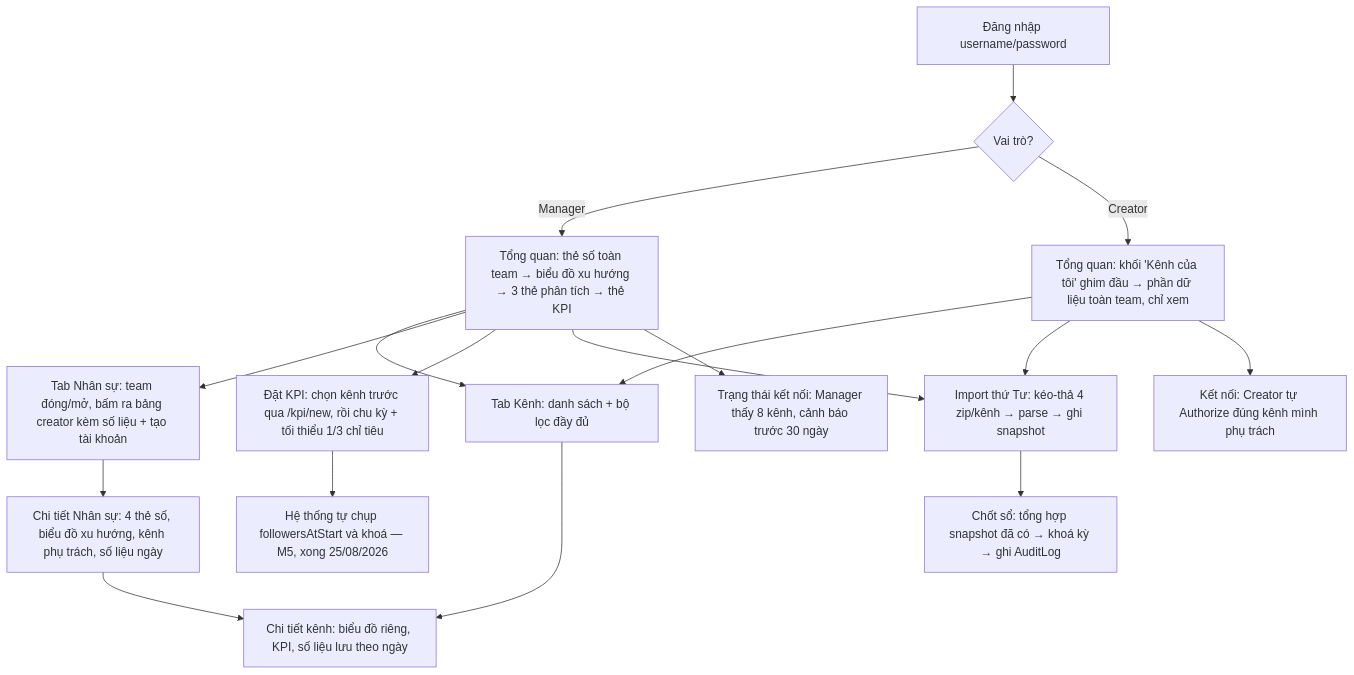
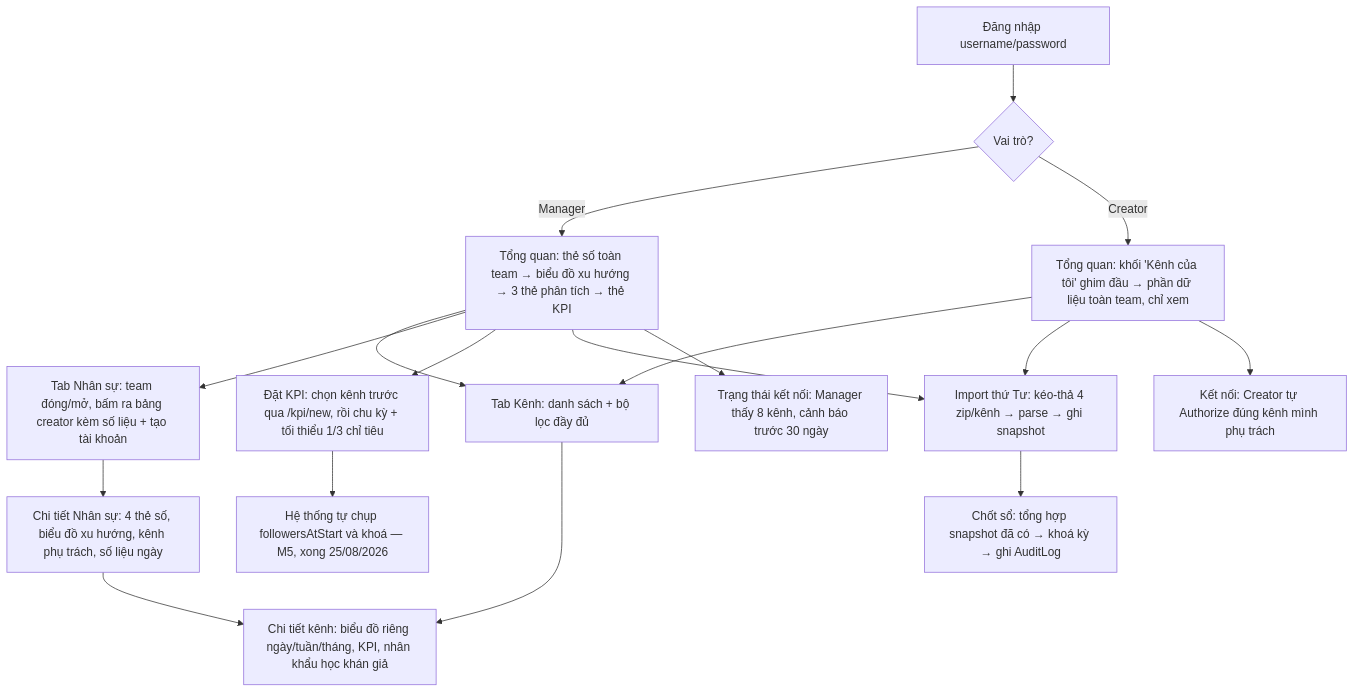
The diagram in docs/USER_FLOW.md (duytienitptit/ahd-dashboard), drawn with Mermaid before and after one commit. The commit also changed 19 other files, not shown here.

First line of the commit message:
feat(dashboard): biểu đồ mốc "ngày" + dọn chi tiết kênh + nhân khẩu học khán giả + sửa elapsedPct

````diff
--- a/docs/USER_FLOW.md
+++ b/docs/USER_FLOW.md
@@ -7,22 +7,22 @@
 ```mermaid
 flowchart TD
     A[Đăng nhập username/password] --> B{Vai trò?}
 
     B -- Manager --> M1[Tổng quan: thẻ số toàn team → biểu đồ xu hướng → 3 thẻ phân tích → thẻ KPI]
     B -- Creator --> C1[Tổng quan: khối 'Kênh của tôi' ghim đầu → phần dữ liệu toàn team, chỉ xem]
 
     M1 --> M2[Tab Kênh: danh sách + bộ lọc đầy đủ]
     C1 --> M2
-    M2 --> M3[Chi tiết kênh: biểu đồ riêng, KPI, số liệu lưu theo ngày]
+    M2 --> M3[Chi tiết kênh: biểu đồ riêng ngày/tuần/tháng, KPI, nhân khẩu học khán giả]
 
     M1 --> M4[Tab Nhân sự: team đóng/mở, bấm ra bảng creator kèm số liệu + tạo tài khoản]
     M4 --> M4a[Chi tiết Nhân sự: 4 thẻ số, biểu đồ xu hướng, kênh phụ trách, số liệu ngày]
     M4a --> M3
     M1 --> M5[Đặt KPI: chọn kênh trước qua /kpi/new, rồi chu kỳ + tối thiểu 1/3 chỉ tiêu]
     M5 --> M6[Hệ thống tự chụp followersAtStart và khoá — M5, xong 25/08/2026]
     M1 --> I1[Import thứ Tư: kéo-thả 4 zip/kênh → parse → ghi snapshot]
     C1 --> I1
     I1 --> M7[Chốt sổ: tổng hợp snapshot đã có → khoá kỳ → ghi AuditLog]
     M1 --> T1[Trạng thái kết nối: Manager thấy 8 kênh, cảnh báo trước 30 ngày]
     C1 --> T2[Kết nối: Creator tự Authorize đúng kênh mình phụ trách]
 ```
````
